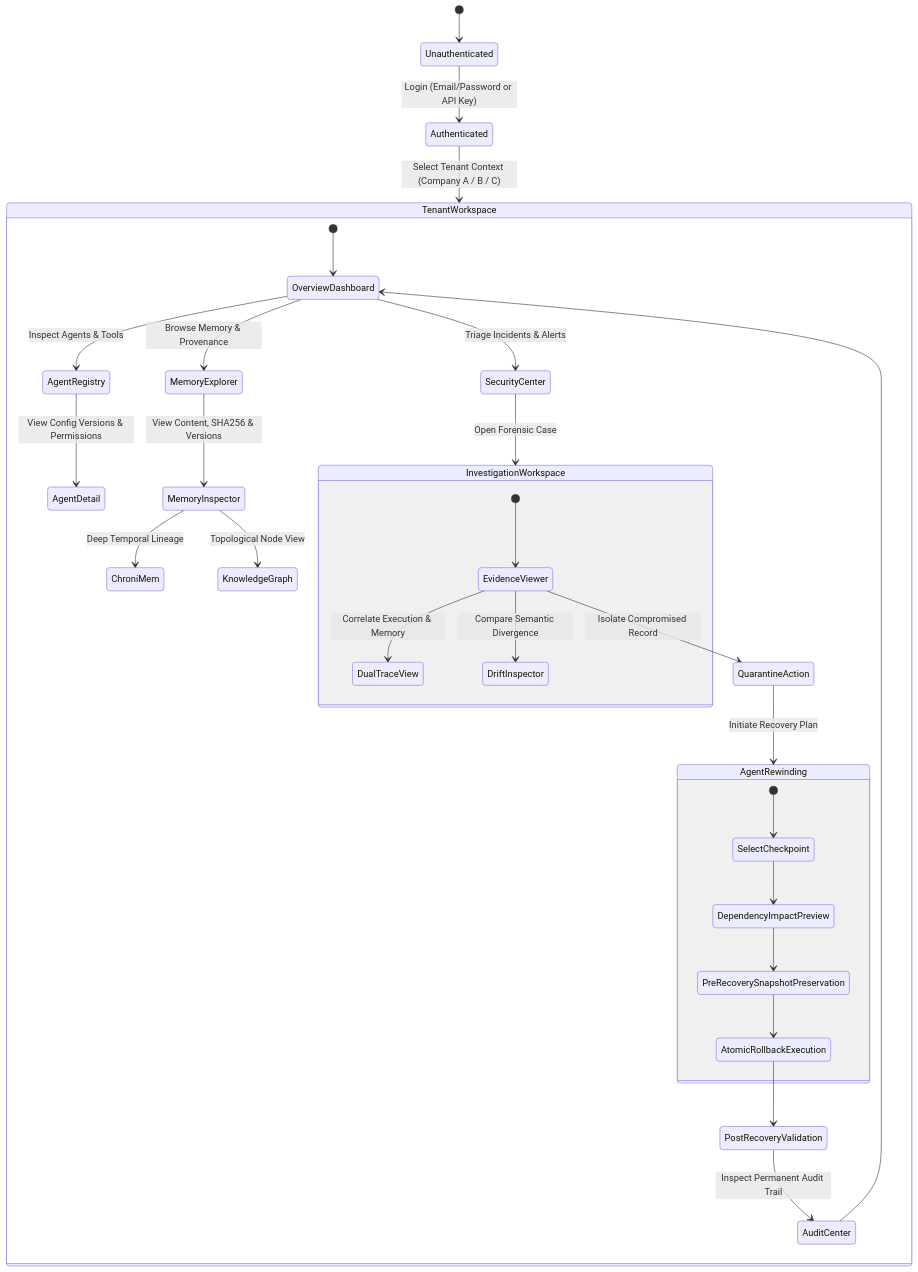
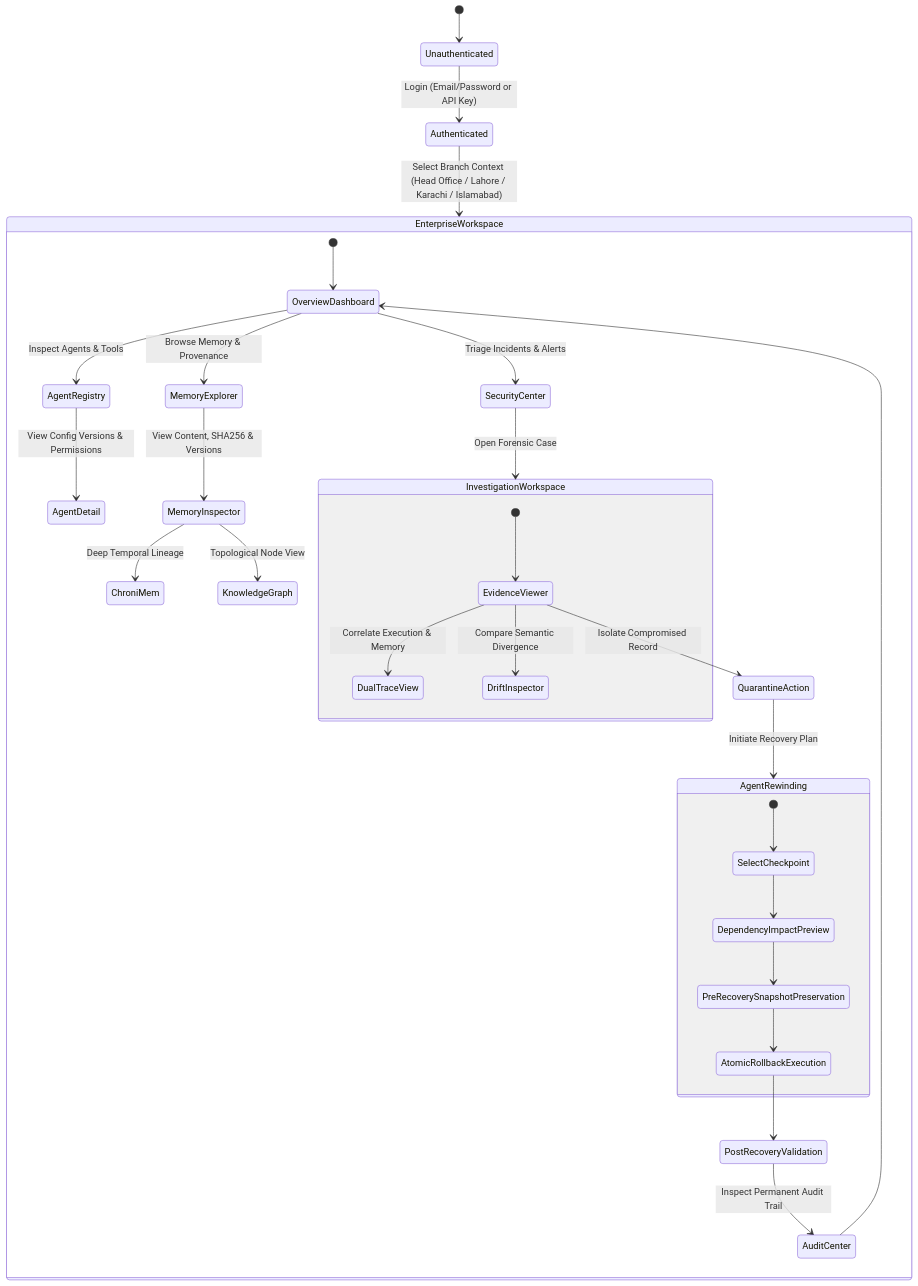
The first of 7 diagrams in docs/03-APPLICATION-FLOW.md (9m2usman/ChronoCongiSec), drawn with Mermaid before and after one commit. The commit also changed other lines of this file and 13 other files, not shown here.

Commit message:
fix(memory): remediate P0 memory security gaps (GAP-001 - GAP-004) and align single-company architecture

````diff
--- a/docs/03-APPLICATION-FLOW.md
+++ b/docs/03-APPLICATION-FLOW.md
@@ -17,41 +17,41 @@
 ```mermaid
 stateDiagram-v2
     [*] --> Unauthenticated
     Unauthenticated --> Authenticated : Login (Email/Password or API Key)
-    Authenticated --> TenantWorkspace : Select Tenant Context (Company A / B / C)
+    Authenticated --> EnterpriseWorkspace : Select Branch Context (Head Office / Lahore / Karachi / Islamabad)
     
-    state TenantWorkspace {
+    state EnterpriseWorkspace {
         [*] --> OverviewDashboard
         
         OverviewDashboard --> AgentRegistry : Inspect Agents & Tools
         AgentRegistry --> AgentDetail : View Config Versions & Permissions
         
         OverviewDashboard --> MemoryExplorer : Browse Memory & Provenance
         MemoryExplorer --> MemoryInspector : View Content, SHA256 & Versions
         MemoryInspector --> ChroniMem : Deep Temporal Lineage
         MemoryInspector --> KnowledgeGraph : Topological Node View
         
         OverviewDashboard --> SecurityCenter : Triage Incidents & Alerts
         SecurityCenter --> InvestigationWorkspace : Open Forensic Case
         
         state InvestigationWorkspace {
             [*] --> EvidenceViewer
             EvidenceViewer --> DualTraceView : Correlate Execution & Memory
             EvidenceViewer --> DriftInspector : Compare Semantic Divergence
             EvidenceViewer --> QuarantineAction : Isolate Compromised Record
         }
         
         QuarantineAction --> AgentRewinding : Initiate Recovery Plan
         
         state AgentRewinding {
             [*] --> SelectCheckpoint
             SelectCheckpoint --> DependencyImpactPreview
             DependencyImpactPreview --> PreRecoverySnapshotPreservation
             PreRecoverySnapshotPreservation --> AtomicRollbackExecution
             AtomicRollbackExecution --> PostRecoveryValidation
         }
         
         PostRecoveryValidation --> AuditCenter : Inspect Permanent Audit Trail
         AuditCenter --> OverviewDashboard
     }
 ```
````
